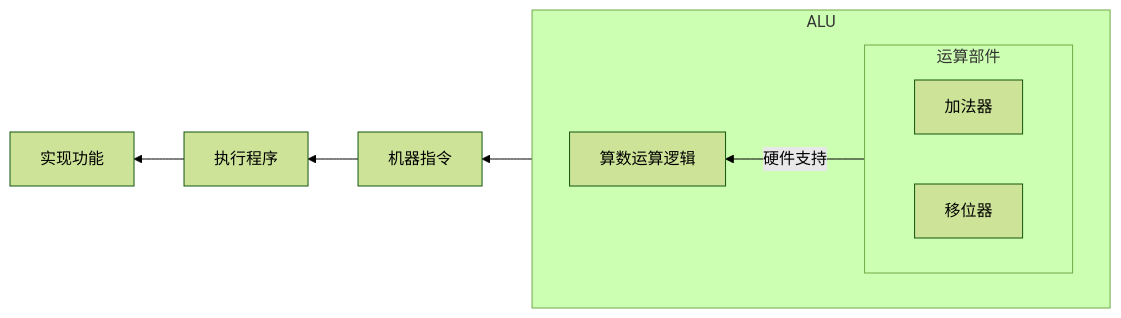
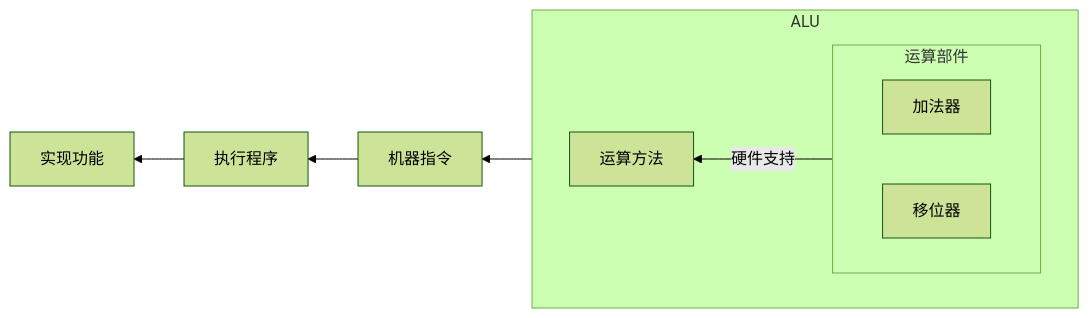
Before and after one commit to Explorer-Dong/explorer-dong.github.io: the diagram in source/_posts/GPA/5th-term/ComputerOrganization.md, drawn with Mermaid (forest theme). The commit also changed other lines of this file, not shown here.

````diff
--- a/source/_posts/GPA/5th-term/ComputerOrganization.md
+++ b/source/_posts/GPA/5th-term/ComputerOrganization.md
@@ -77,20 +77,20 @@
 ```mermaid
 graph RL
     实现功能
     执行程序
     机器指令
     subgraph ALU
     direction RL
-    算数运算逻辑
+    运算方法
     subgraph 运算部件
     direction LR
     加法器
     移位器
     end
     end
     
-    运算部件 -->|硬件支持| 算数运算逻辑
+    运算部件 -->|硬件支持| 运算方法
     ALU --> 机器指令
     机器指令 --> 执行程序
     执行程序 --> 实现功能
 ```
````
